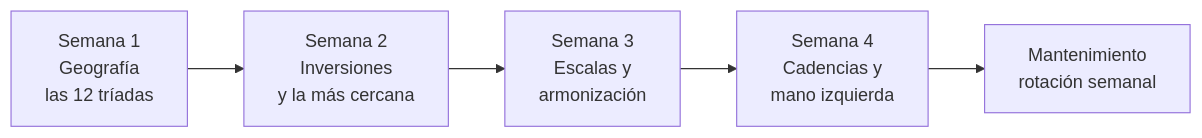
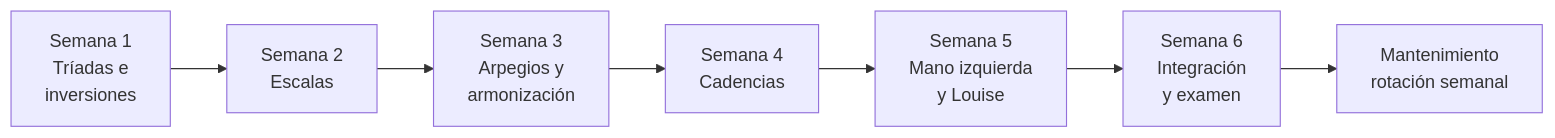
Before and after one commit to IrfDev/notes_musica: the tenth of 12 diagrams in 4. Instrumento/1. Piano/Cheat sheet - acordes mayores.md, drawn with Mermaid. The commit also changed other lines of this file and 52 other files, not shown here.

````diff
--- a/4. Instrumento/1. Piano/Cheat sheet - acordes mayores.md
+++ b/4. Instrumento/1. Piano/Cheat sheet - acordes mayores.md
@@ -1171,7 +1177,9 @@
 ```mermaid
 flowchart LR
-    S1["Semana 1<br/>Geografía<br/>las 12 tríadas"] --> S2["Semana 2<br/>Inversiones<br/>y la más cercana"]
-    S2 --> S3["Semana 3<br/>Escalas y<br/>armonización"]
-    S3 --> S4["Semana 4<br/>Cadencias y<br/>mano izquierda"]
-    S4 --> M["Mantenimiento<br/>rotación semanal"]
+    S1["Semana 1<br/>Tríadas e<br/>inversiones"] --> S2["Semana 2<br/>Escalas"]
+    S2 --> S3["Semana 3<br/>Arpegios y<br/>armonización"]
+    S3 --> S4["Semana 4<br/>Cadencias"]
+    S4 --> S5["Semana 5<br/>Mano izquierda<br/>y Louise"]
+    S5 --> S6["Semana 6<br/>Integración<br/>y examen"]
+    S6 --> M["Mantenimiento<br/>rotación semanal"]
 ```
````
